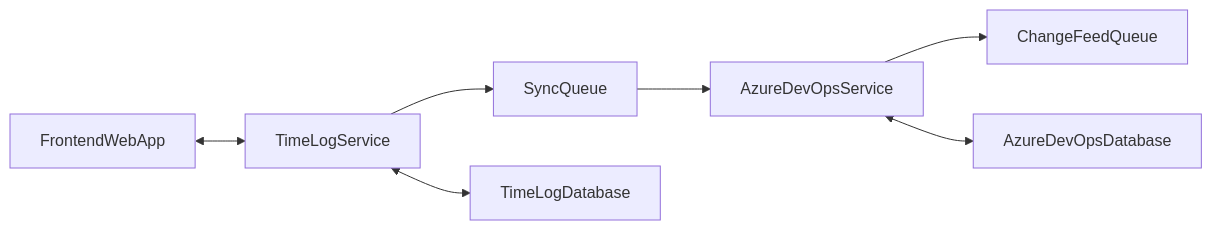
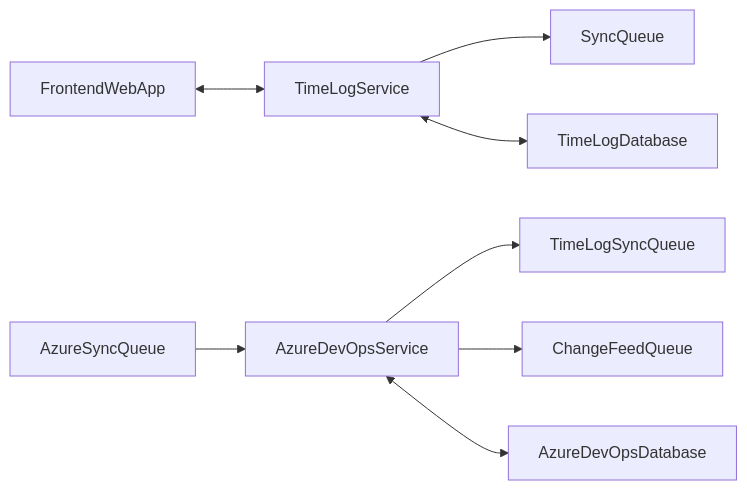
Before and after one commit to TunNetCom/TunNetCom-AionTime: the diagram in README.md, drawn with Mermaid.

````diff
--- a/README.md
+++ b/README.md
@@ -13,9 +13,10 @@
 ```mermaid
 flowchart LR;
     FrontendWebApp <--> TimeLogService;
     TimeLogService --> SyncQueue;
-    SyncQueue --> AzureDevOpsService;
+    AzureSyncQueue --> AzureDevOpsService;
+    AzureDevOpsService --> TimeLogSyncQueue
     AzureDevOpsService --> ChangeFeedQueue;
     AzureDevOpsService <--> AzureDevOpsDatabase;
     TimeLogService <--> TimeLogDatabase;
 ```
````
